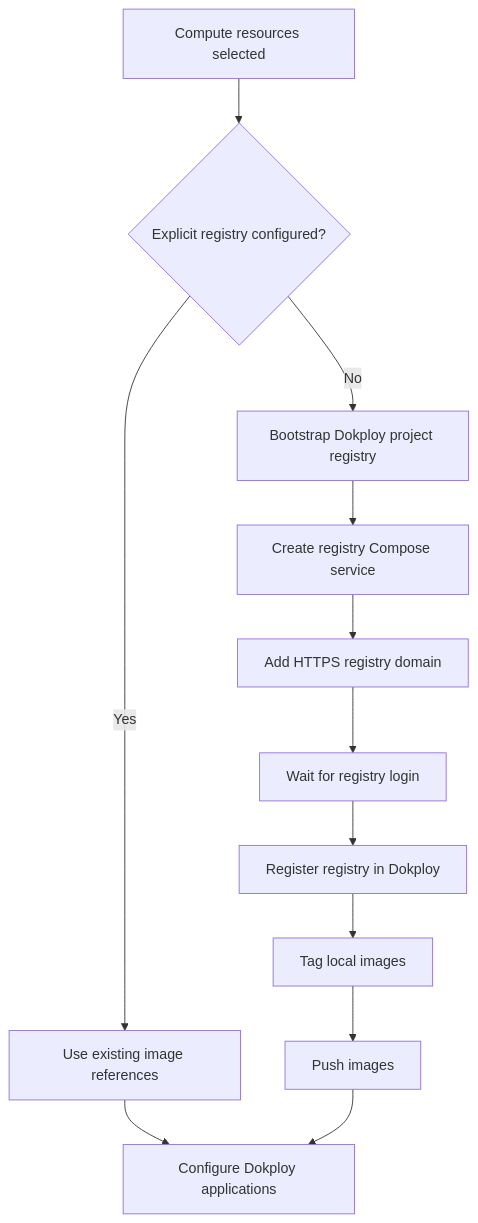
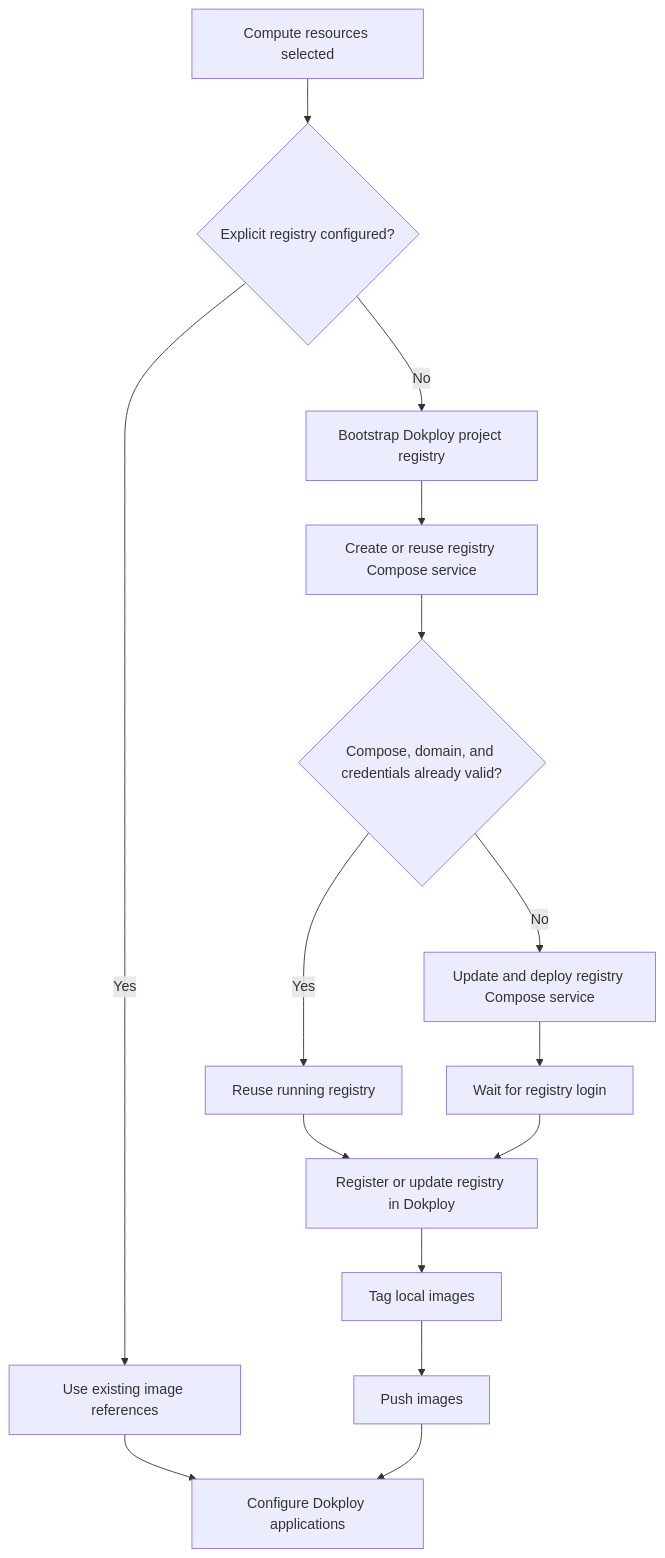
Before and after one commit to jomaxso/sorvia-aspire: the eighth of 15 diagrams in docs/dokploy-deployment-architecture.md, drawn with Mermaid. The commit also changed other lines of this file and 4 other files, not shown here.

Commit message:
feat: Enhance Dokploy deployment process with idempotent checks for registry and application configurations

````diff
--- a/docs/dokploy-deployment-architecture.md
+++ b/docs/dokploy-deployment-architecture.md
@@ -246,14 +248,17 @@
 ```mermaid
 flowchart TD
     A["Compute resources selected"] --> B{"Explicit registry configured?"}
     B -->|Yes| C["Use existing image references"]
     B -->|No| D["Bootstrap Dokploy project registry"]
-    D --> E["Create registry Compose service"]
-    E --> F["Add HTTPS registry domain"]
-    F --> G["Wait for registry login"]
-    G --> H["Register registry in Dokploy"]
-    H --> I["Tag local images"]
-    I --> J["Push images"]
-    C --> K["Configure Dokploy applications"]
-    J --> K
+    D --> E["Create or reuse registry Compose service"]
+    E --> F{"Compose, domain, and credentials already valid?"}
+    F -->|Yes| H["Reuse running registry"]
+    F -->|No| G["Update and deploy registry Compose service"]
+    G --> I["Wait for registry login"]
+    H --> J["Register or update registry in Dokploy"]
+    I --> J
+    J --> K["Tag local images"]
+    K --> L["Push images"]
+    C --> M["Configure Dokploy applications"]
+    L --> M
 ```
````
